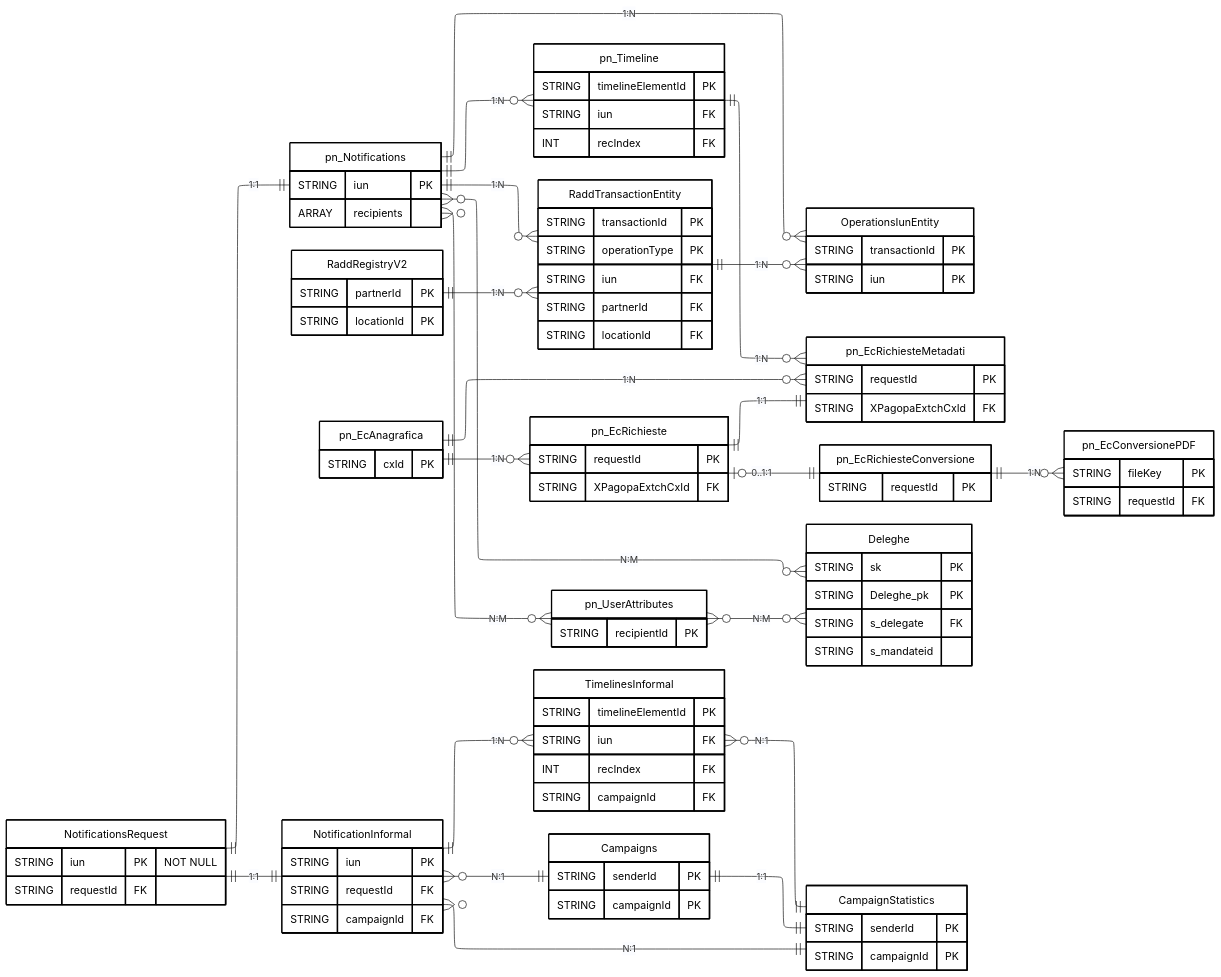
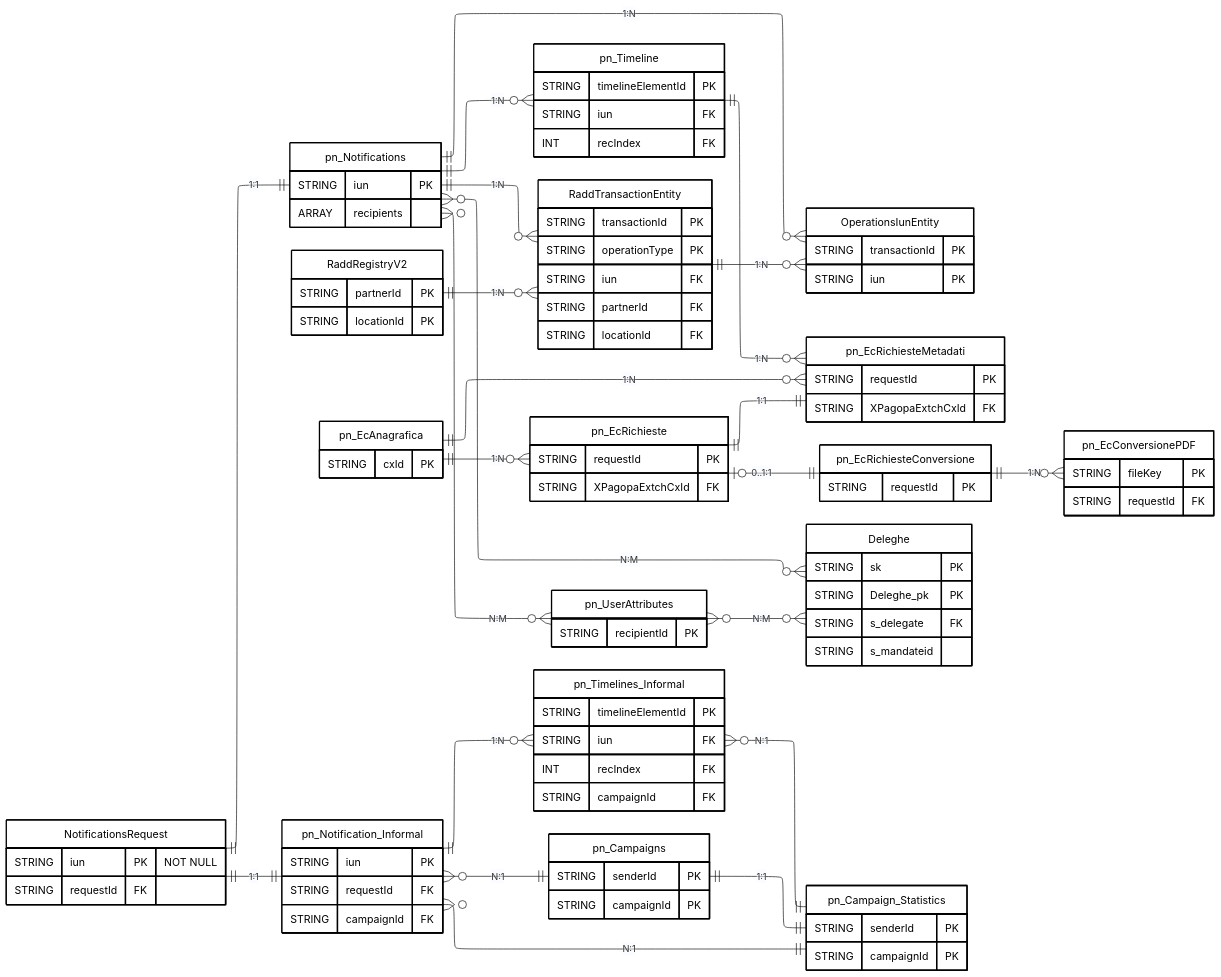
Before and after one commit to pagopa/pn-metrics: the diagram in send_diagrams/data-models/send_er_model.mmd, drawn with Mermaid. The commit also changed 1 other file, not shown here.

```diff
--- a/send_diagrams/data-models/send_er_model.mmd
+++ b/send_diagrams/data-models/send_er_model.mmd
@@ -115,25 +115,25 @@
         STRING s_mandateid
     }
 
-        NotificationInformal {
+    pn_Notification_Informal {
         STRING iun PK
         STRING requestId FK
         STRING campaignId FK
     }
 
-    TimelinesInformal {
+    pn_Timelines_Informal {
         STRING timelineElementId PK
         STRING iun FK
         INT recIndex FK
         STRING campaignId FK
     }
 
-    Campaigns {
+    pn_Campaigns {
         STRING senderId PK
         STRING campaignId PK
     }
 
-    CampaignStatistics {
+    pn_Campaign_Statistics {
         STRING senderId PK
         STRING campaignId PK
     }
@@ -194,28 +194,28 @@
     %% Relazione valorizzata principalmente per deleghe CIE
     Deleghe }o--o{ pn_Notifications : "N:M"
 
-        %% COMUNICAZIONI BONARIE
+    %% COMUNICAZIONI BONARIE
 
-    %% NotificationsRequest.requestId = NotificationInformal.requestId
-    %% NotificationsRequest.iun e NotificationInformal.iun hanno semantica differente
-    NotificationsRequest ||--|| NotificationInformal : "1:1"
+    %% NotificationsRequest.requestId = pn_Notification_Informal.requestId
+    %% NotificationsRequest.iun e pn_Notification_Informal.iun hanno semantica differente
+    NotificationsRequest ||--|| pn_Notification_Informal : "1:1"
 
-    %% Join a livello di comunicazione: NotificationInformal.iun = TimelinesInformal.iun
-    %% Join a livello di destinatario: NotificationInformal.iun = TimelinesInformal.iun AND TimelinesInformal.recIndex identifica il destinatario della comunicazione
-    NotificationInformal ||--o{ TimelinesInformal : "1:N"
+    %% Join a livello di comunicazione: pn_Notification_Informal.iun = pn_Timelines_Informal.iun
+    %% Join a livello di destinatario: pn_Notification_Informal.iun = pn_Timelines_Informal.iun AND pn_Timelines_Informal.recIndex identifica il destinatario della comunicazione
+    pn_Notification_Informal ||--o{ pn_Timelines_Informal : "1:N"
 
-    %% NotificationInformal.campaignId = Campaigns.campaignId
-    NotificationInformal }o--|| Campaigns : "N:1"
+    %% pn_Notification_Informal.campaignId = pn_Campaigns.campaignId
+    pn_Notification_Informal }o--|| pn_Campaigns : "N:1"
 
-    %% NotificationInformal.campaignId = CampaignStatistics.campaignId
-    NotificationInformal }o--|| CampaignStatistics : "N:1"
+    %% pn_Notification_Informal.campaignId = pn_Campaign_Statistics.campaignId
+    pn_Notification_Informal }o--|| pn_Campaign_Statistics : "N:1"
 
-    %% TimelinesInformal.campaignId = CampaignStatistics.campaignId
-    TimelinesInformal }o--|| CampaignStatistics : "N:1"
+    %% pn_Timelines_Informal.campaignId = pn_Campaign_Statistics.campaignId
+    pn_Timelines_Informal }o--|| pn_Campaign_Statistics : "N:1"
 
-    %% Campaigns.senderId = CampaignStatistics.senderId
-    %% Campaigns.campaignId = CampaignStatistics.campaignId
-    Campaigns ||--|| CampaignStatistics : "1:1"
+    %% pn_Campaigns.senderId = pn_Campaign_Statistics.senderId
+    %% pn_Campaigns.campaignId = pn_Campaign_Statistics.campaignId
+    pn_Campaigns ||--|| pn_Campaign_Statistics : "1:1"
 
     %% STILE
 
@@ -232,7 +232,7 @@
     style pn_EcRichiesteConversione fill:#FFFFFF,stroke:#000000,stroke-width:2px,color:#000000
     style pn_EcConversionePDF fill:#FFFFFF,stroke:#000000,stroke-width:2px,color:#000000
     style Deleghe fill:#FFFFFF,stroke:#000000,stroke-width:2px,color:#000000
-    style NotificationInformal fill:#FFFFFF,stroke:#000000,stroke-width:2px,color:#000000
-    style TimelinesInformal fill:#FFFFFF,stroke:#000000,stroke-width:2px,color:#000000
-    style Campaigns fill:#FFFFFF,stroke:#000000,stroke-width:2px,color:#000000
-    style CampaignStatistics fill:#FFFFFF,stroke:#000000,stroke-width:2px,color:#000000
+    style pn_Notification_Informal fill:#FFFFFF,stroke:#000000,stroke-width:2px,color:#000000
+    style pn_Timelines_Informal fill:#FFFFFF,stroke:#000000,stroke-width:2px,color:#000000
+    style pn_Campaigns fill:#FFFFFF,stroke:#000000,stroke-width:2px,color:#000000
+    style pn_Campaign_Statistics fill:#FFFFFF,stroke:#000000,stroke-width:2px,color:#000000
```
